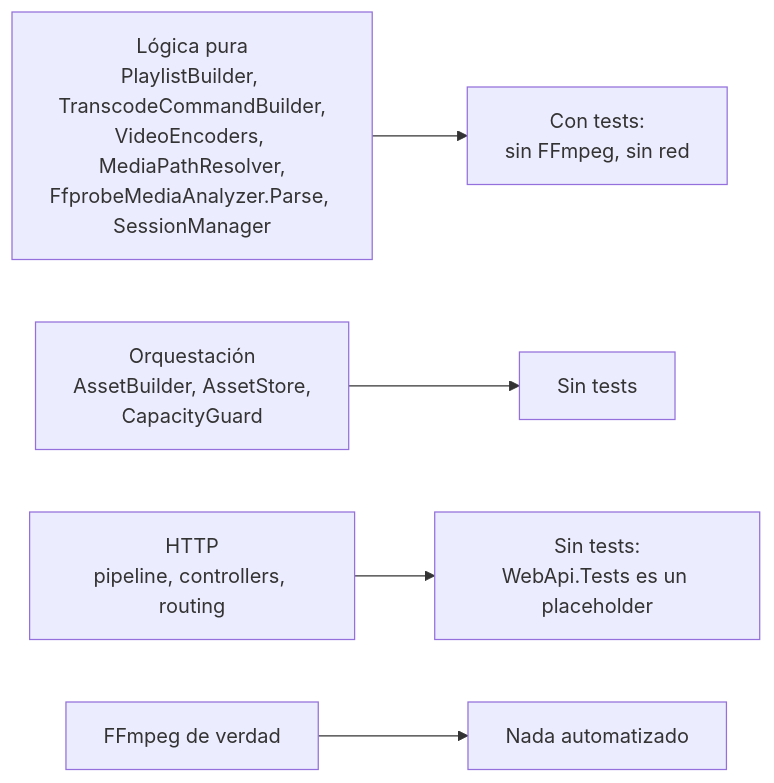
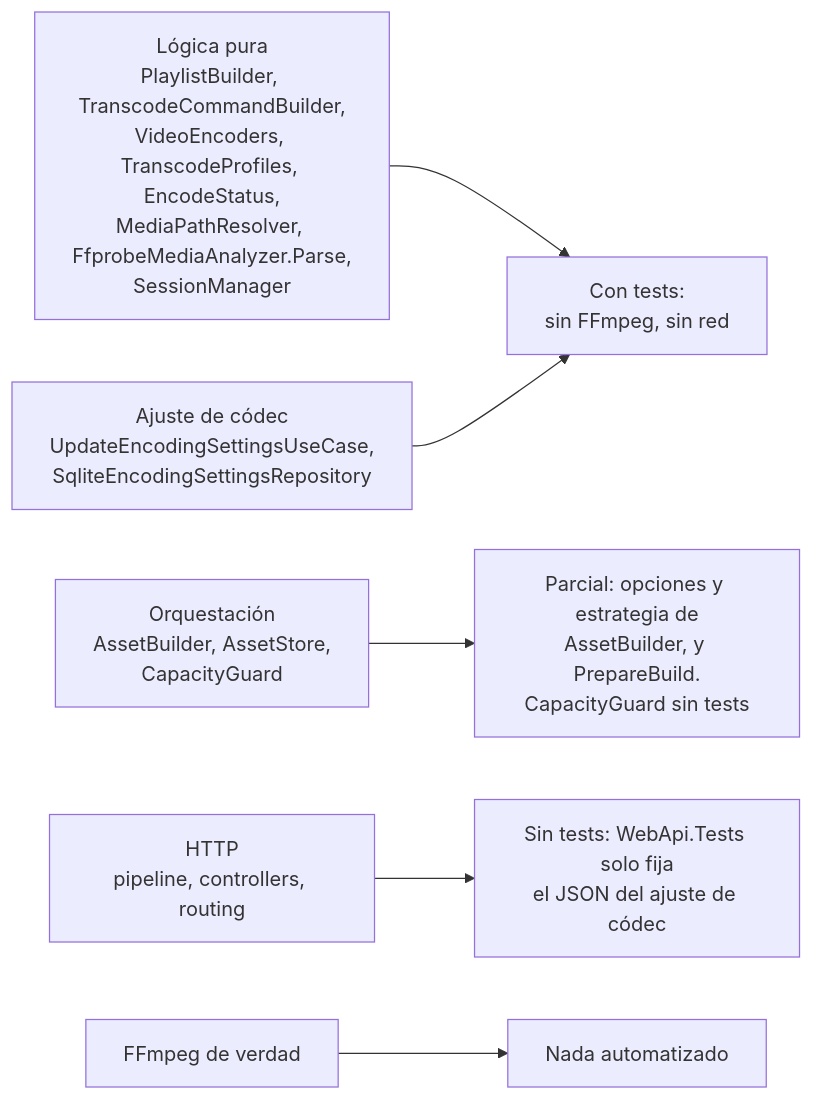
One commit to Juan045/home-stream-app changed diagram 15 of 15 in system_arquitecture.md. Above: the diagram before and after it, drawn with Mermaid. The commit also changed other lines of this file and 44 other files, not shown here.

````diff
--- a/system_arquitecture.md
+++ b/system_arquitecture.md
@@ -742,7 +777,8 @@
 ```mermaid
 flowchart LR
-    PURA["Lógica pura<br/>PlaylistBuilder, TranscodeCommandBuilder,<br/>VideoEncoders, MediaPathResolver,<br/>FfprobeMediaAnalyzer.Parse, SessionManager"] --> OK["Con tests:<br/>sin FFmpeg, sin red"]
-    ORQ["Orquestación<br/>AssetBuilder, AssetStore,<br/>CapacityGuard"] --> NO1["Sin tests"]
-    HTTP["HTTP<br/>pipeline, controllers, routing"] --> NO2["Sin tests:<br/>WebApi.Tests es un placeholder"]
+    PURA["Lógica pura<br/>PlaylistBuilder, TranscodeCommandBuilder,<br/>VideoEncoders, TranscodeProfiles, EncodeStatus,<br/>MediaPathResolver, FfprobeMediaAnalyzer.Parse,<br/>SessionManager"] --> OK["Con tests:<br/>sin FFmpeg, sin red"]
+    AJUSTE["Ajuste de códec<br/>UpdateEncodingSettingsUseCase,<br/>SqliteEncodingSettingsRepository"] --> OK
+    ORQ["Orquestación<br/>AssetBuilder, AssetStore,<br/>CapacityGuard"] --> NO1["Parcial: opciones y estrategia de<br/>AssetBuilder, y PrepareBuild.<br/>CapacityGuard sin tests"]
+    HTTP["HTTP<br/>pipeline, controllers, routing"] --> NO2["Sin tests: WebApi.Tests solo fija<br/>el JSON del ajuste de códec"]
     REAL["FFmpeg de verdad"] --> NO3["Nada automatizado"]
 ```
````
